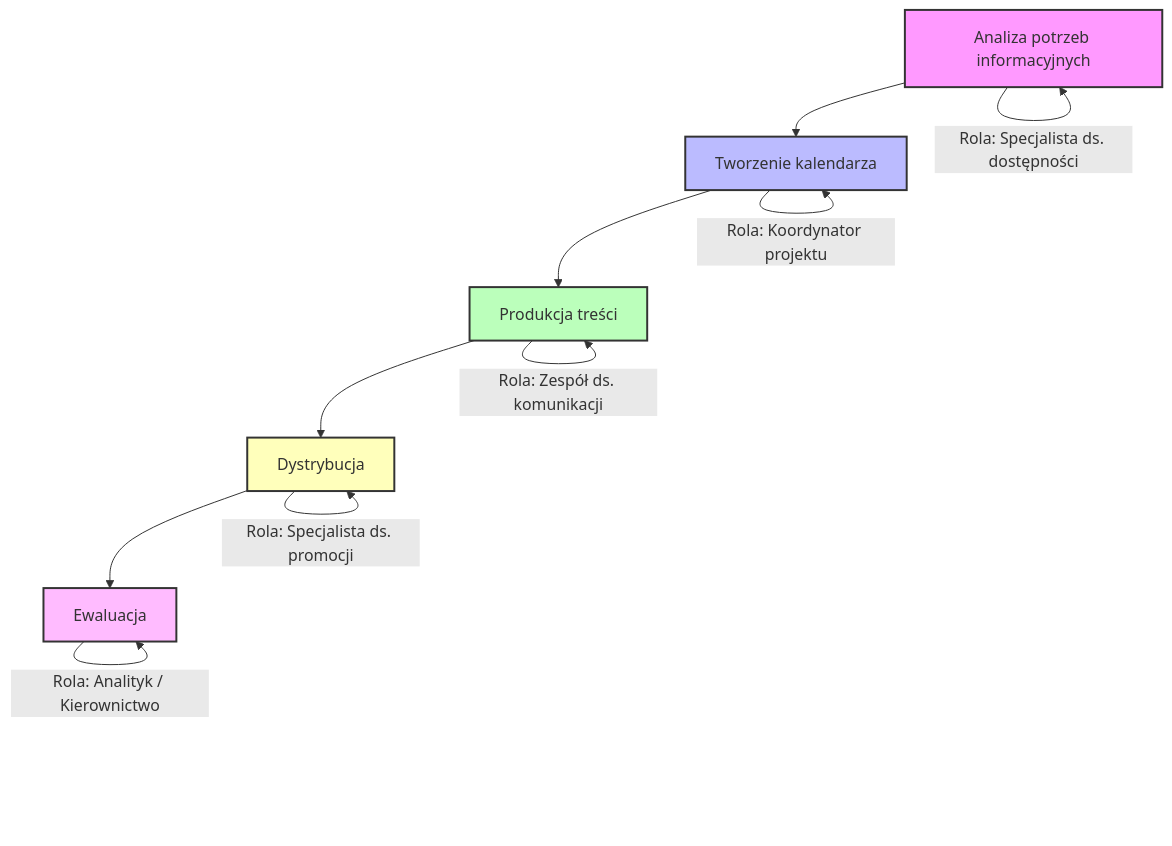
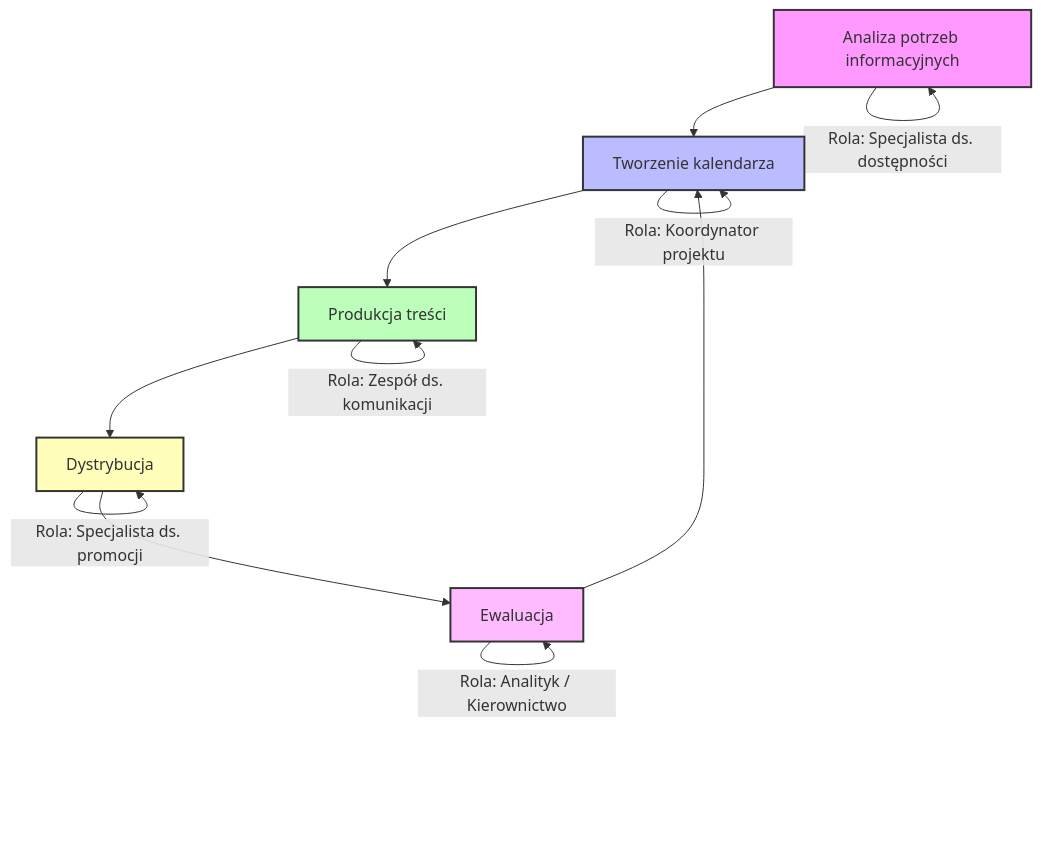
One commit to Siec-Dostepnosci-Cyfrowej/sdc changed the diagram in documentation/docs/komunikacja/kalendarz-publikacji/kalendarz-publikacji.md. Above: the diagram before and after it, drawn with Mermaid.

````diff
--- a/documentation/docs/komunikacja/kalendarz-publikacji/kalendarz-publikacji.md
+++ b/documentation/docs/komunikacja/kalendarz-publikacji/kalendarz-publikacji.md
@@ -88,26 +88,27 @@
 ```mermaid
 flowchart TD
     A[Analiza potrzeb informacyjnych] --> B[Tworzenie kalendarza]
     B --> C[Produkcja treści]
     C --> D[Dystrybucja]
     D --> E[Ewaluacja]
+    E --> B[Tworzenie kalendarza]
 
     A:::role1
     B:::role2
     C:::role3
     D:::role4
     E:::role5
 
     classDef role1 fill:#f9f,stroke:#333,stroke-width:2px;
     classDef role2 fill:#bbf,stroke:#333,stroke-width:2px;
     classDef role3 fill:#bfb,stroke:#333,stroke-width:2px;
     classDef role4 fill:#ffb,stroke:#333,stroke-width:2px;
     classDef role5 fill:#fbf,stroke:#333,stroke-width:2px;
 
     %% Roles annotations
     A:::role1 -->|Rola: Specjalista ds. dostępności| A
     B:::role2 -->|Rola: Koordynator projektu| B
     C:::role3 -->|Rola: Zespół ds. komunikacji| C
     D:::role4 -->|Rola: Specjalista ds. promocji| D
     E:::role5 -->|Rola: Analityk / Kierownictwo| E
 ```
````
